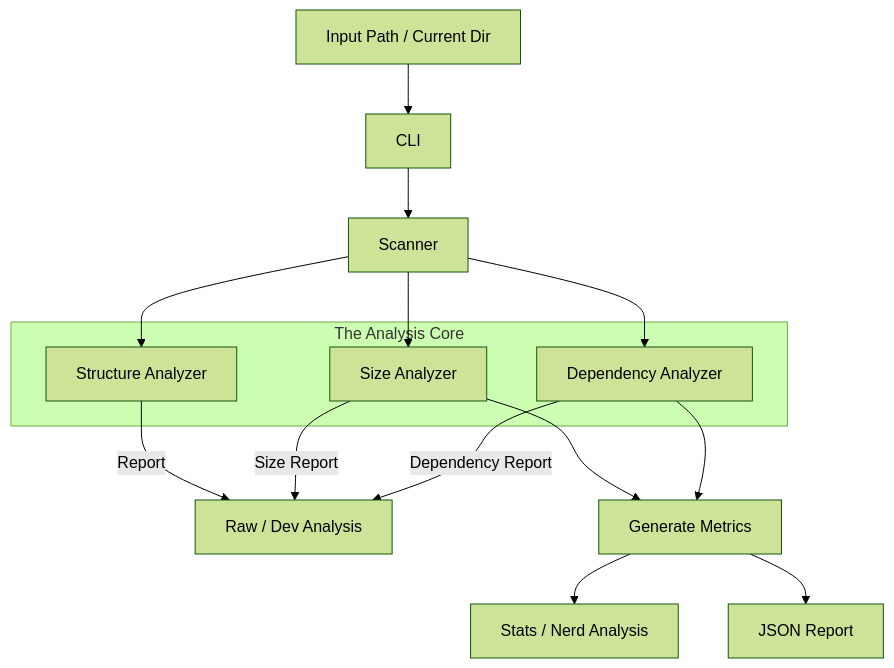
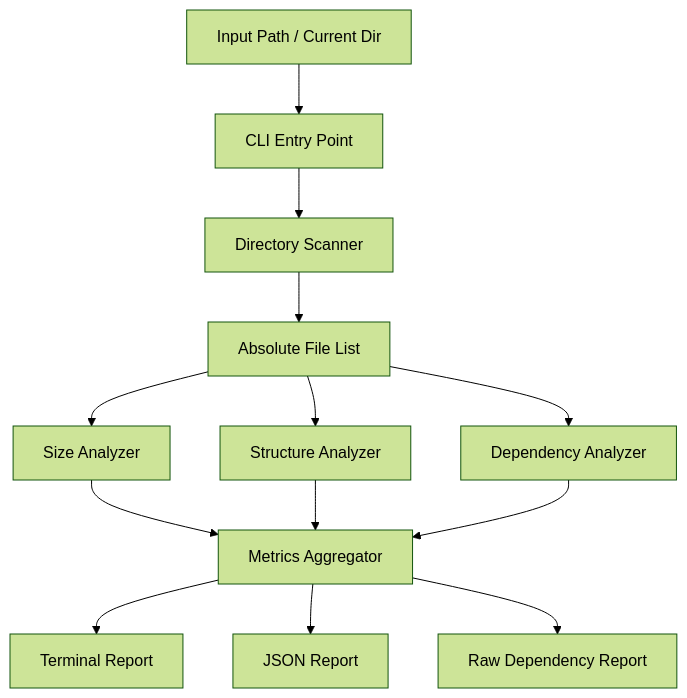
The diagram in assets/docs/architecture.md (tecnolgd/repoScanner), drawn with Mermaid (forest theme) before and after one commit. The commit also changed other lines of this file and 3 other files, not shown here.

````diff
--- a/assets/docs/architecture.md
+++ b/assets/docs/architecture.md
@@ -39,27 +39,15 @@
 ```mermaid
 flowchart TD
-	
-	Input[Input Path / Current Dir] --> CLI
-	CLI --> Scanner
-
-	subgraph Analyzers [The Analysis Core]
-		Structure[Structure Analyzer]
-		Size[Size Analyzer]
-		Dependency[Dependency Analyzer]
-	end
-
-	Scanner --> Structure
-	Scanner --> Size
-	Scanner --> Dependency
-
-	
-	Structure --Report--> Raw_Analysis[Raw / Dev Analysis]
-	Size --Size Report--> Raw_Analysis
-	Dependency --Dependency Report--> Raw_Analysis
-
-	Size --> Metrics[Generate Metrics]
-	Dependency --> Metrics
-
-	Metrics --> Stats[Stats / Nerd Analysis]
-	Metrics --> JSON[JSON Report]
+    Input[Input Path / Current Dir] --> CLI[CLI Entry Point]
+    CLI --> Scanner[Directory Scanner]
+    Scanner --> Files[Absolute File List]
+    Files --> Size[Size Analyzer]
+    Files --> Structure[Structure Analyzer]
+    Files --> Dependency[Dependency Analyzer]
+    Size --> Metrics[Metrics Aggregator]
+    Structure --> Metrics
+    Dependency --> Metrics
+    Metrics --> Terminal[Terminal Report]
+    Metrics --> JSON[JSON Report]
+    Metrics --> Raw[Raw Dependency Report]
 ```
````
